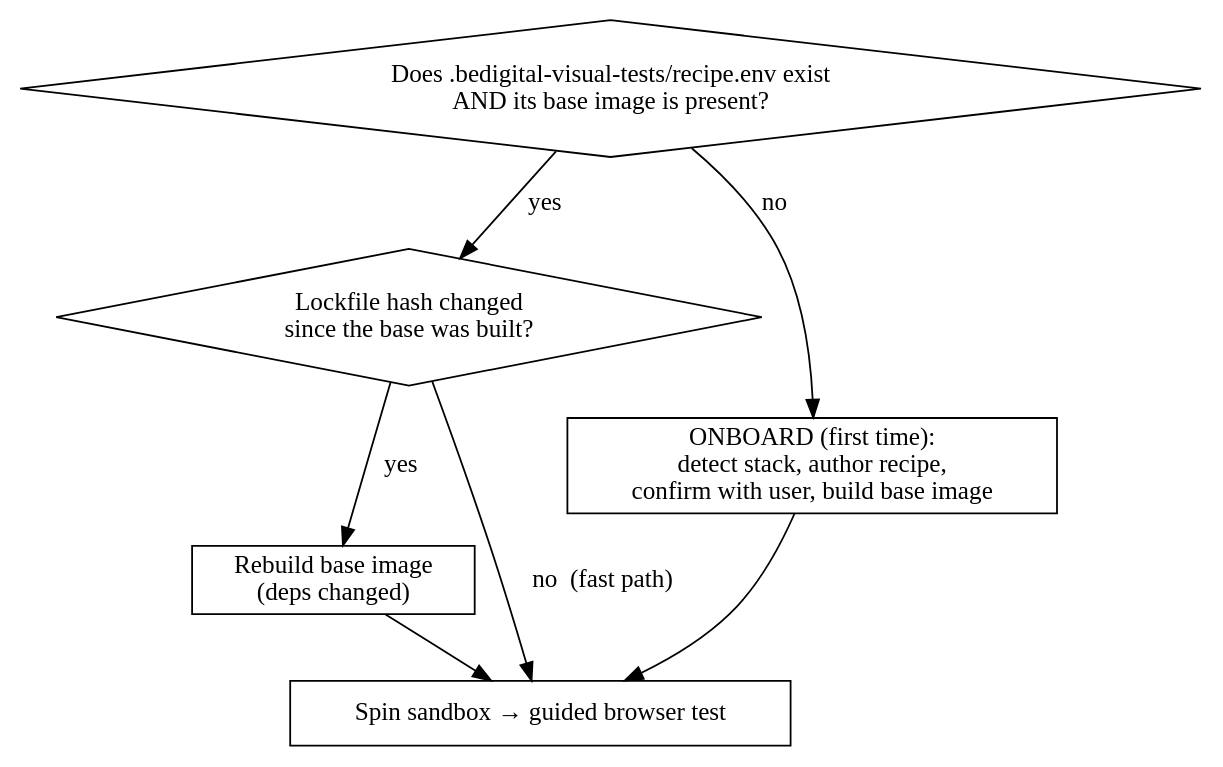
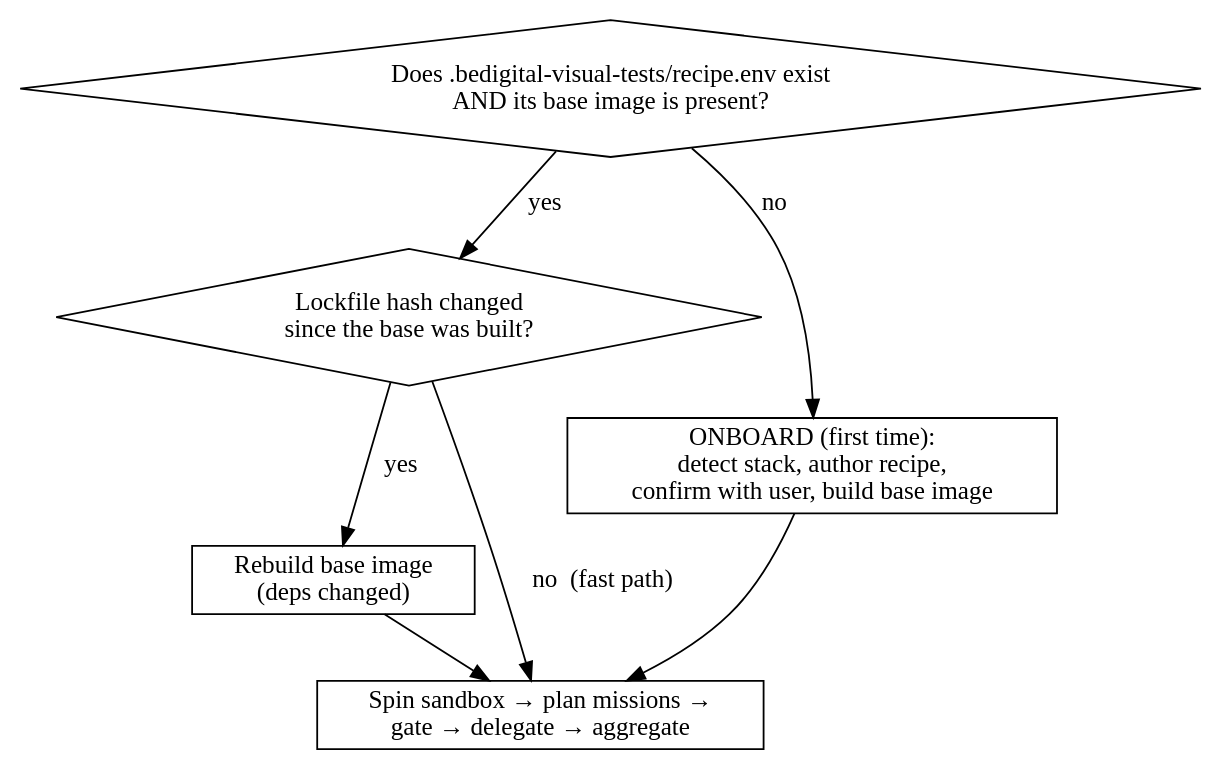
The diagram in .claude/skills/bedigital-visual-tests/SKILL.md (matdac12/orchestrator), drawn with Graphviz before and after one commit. The commit also changed other lines of this file and 4 other files, not shown here.

````diff
--- a/.claude/skills/bedigital-visual-tests/SKILL.md
+++ b/.claude/skills/bedigital-visual-tests/SKILL.md
@@ -29,16 +33,16 @@
 ```dot
 digraph d {
   rankdir=TB; node [shape=box];
   q1 [shape=diamond, label="Does .bedigital-visual-tests/recipe.env exist\nAND its base image is present?"];
   q2 [shape=diamond, label="Lockfile hash changed\nsince the base was built?"];
   onboard [label="ONBOARD (first time):\ndetect stack, author recipe,\nconfirm with user, build base image"];
   rebuild [label="Rebuild base image\n(deps changed)"];
-  test [label="Spin sandbox → guided browser test"];
+  test [label="Spin sandbox → plan missions →\ngate → delegate → aggregate"];
   q1 -> onboard [label="no"];
   q1 -> q2 [label="yes"];
   q2 -> rebuild [label="yes"];
   q2 -> test [label="no  (fast path)"];
   onboard -> test;
   rebuild -> test;
 }
 ```
````
